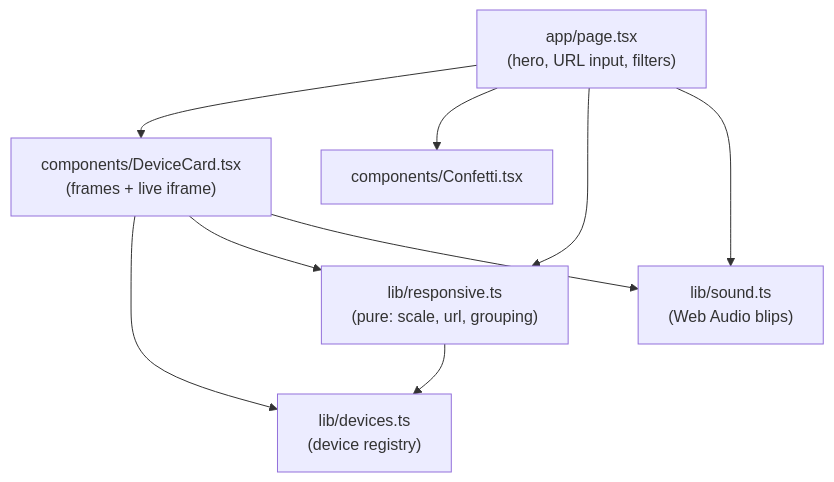
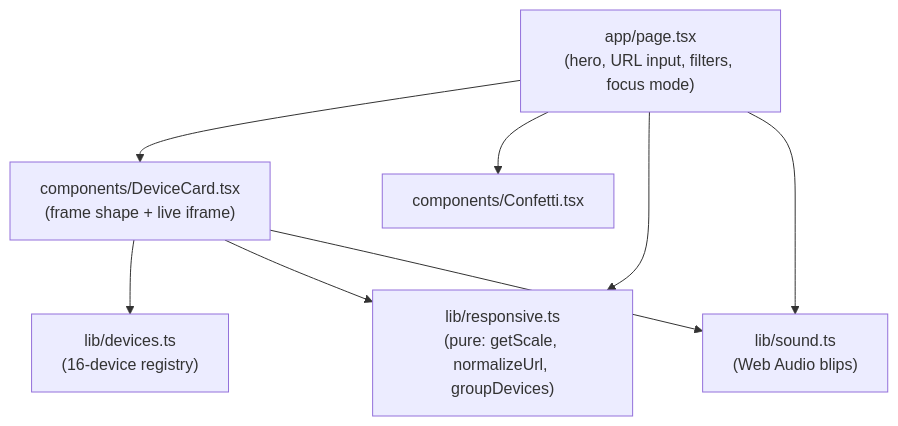
One commit to bunlongheng/responsiveness changed the diagram in README.md. Above: the diagram before and after it, drawn with Mermaid. The commit also changed other lines of this file, not shown here.

Commit message:
docs: expand README with features, device presets, and stack (#1)

````diff
--- a/README.md
+++ b/README.md
@@ -35,18 +52,17 @@
 ```mermaid
 flowchart TD
-    Page["app/page.tsx<br/>(hero, URL input, filters)"]
-    Card["components/DeviceCard.tsx<br/>(frames + live iframe)"]
+    Page["app/page.tsx<br/>(hero, URL input, filters, focus mode)"]
+    Card["components/DeviceCard.tsx<br/>(frame shape + live iframe)"]
     Confetti["components/Confetti.tsx"]
-    Devices["lib/devices.ts<br/>(device registry)"]
-    Resp["lib/responsive.ts<br/>(pure: scale, url, grouping)"]
+    Devices["lib/devices.ts<br/>(16-device registry)"]
+    Resp["lib/responsive.ts<br/>(pure: getScale, normalizeUrl, groupDevices)"]
     Sound["lib/sound.ts<br/>(Web Audio blips)"]
 
     Page --> Card
     Page --> Confetti
     Page --> Resp
     Page --> Sound
     Card --> Devices
     Card --> Resp
     Card --> Sound
-    Resp --> Devices
 ```
````
